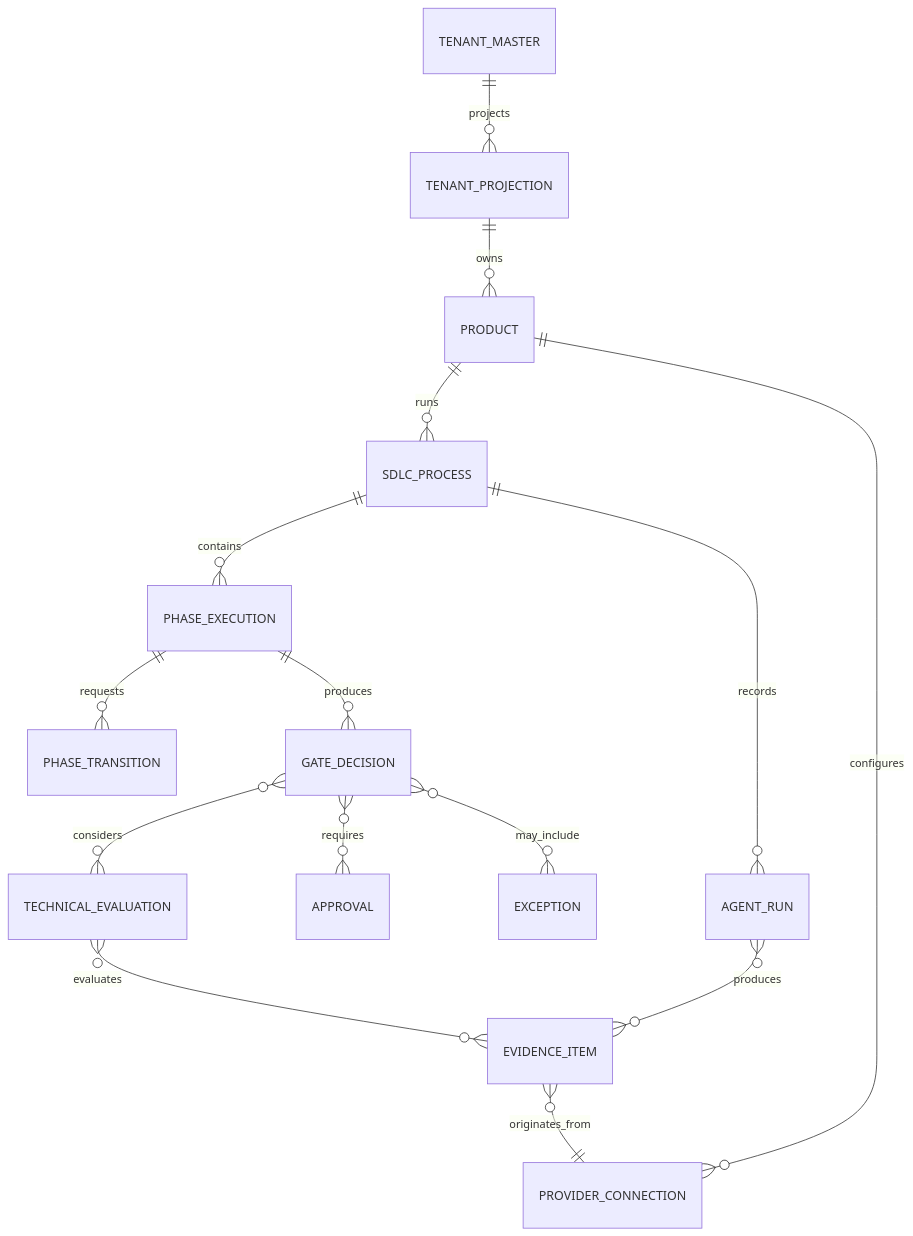
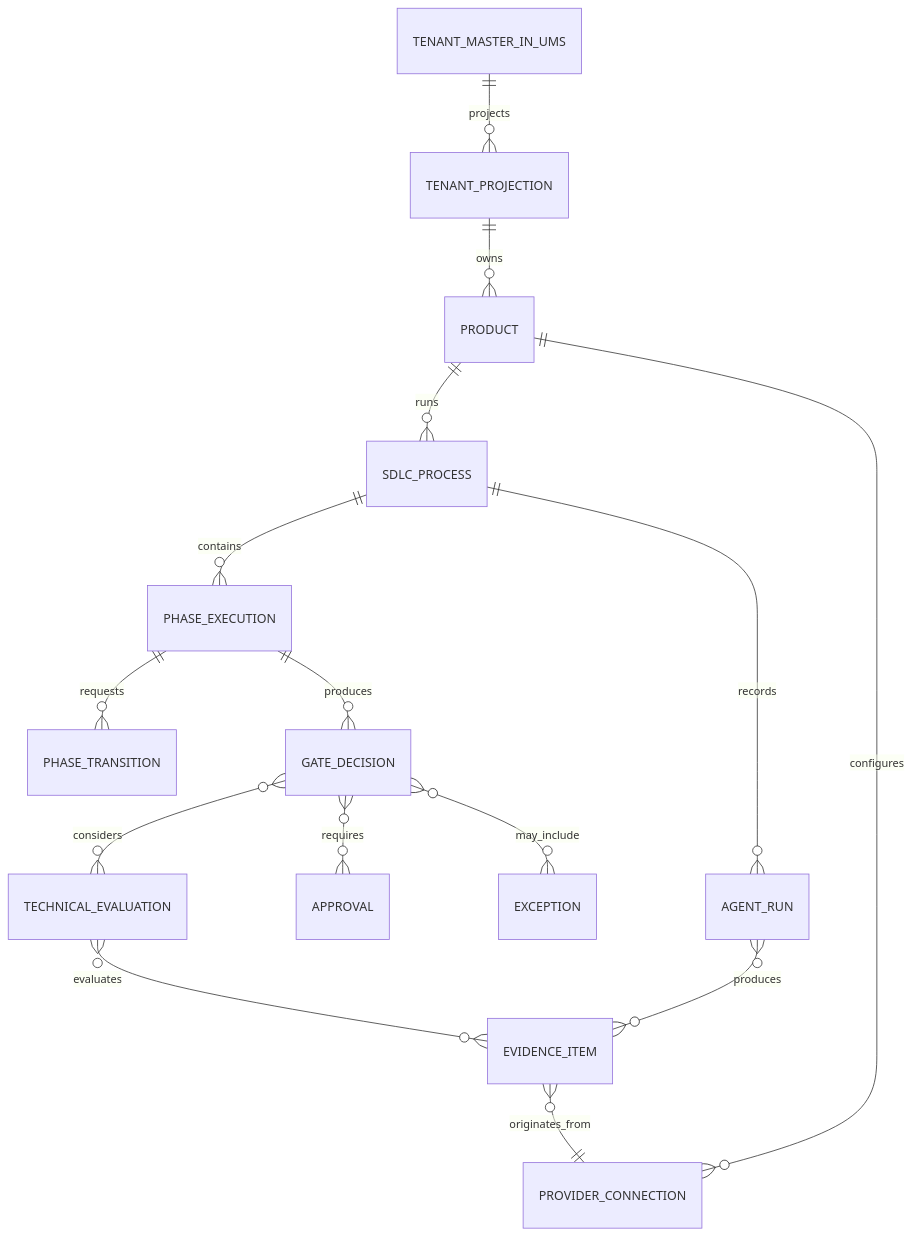
One commit to beyondnetcode/evolith_arch32 changed the fourth of 4 diagrams in product/products/evolith-tracker/sdlc-tracker-technical-interfaces.md. Above: the diagram before and after it, drawn with Mermaid. The commit also changed other lines of this file and 3 other files, not shown here.

First line of the commit message:
docs(suite): the two design documents that still drew MMS as the tenant master

````diff
--- a/product/products/evolith-tracker/sdlc-tracker-technical-interfaces.md
+++ b/product/products/evolith-tracker/sdlc-tracker-technical-interfaces.md
@@ -499,17 +496,17 @@
 ```mermaid
 erDiagram
-    TENANT_MASTER ||--o{ TENANT_PROJECTION : projects
+    TENANT_MASTER_IN_UMS ||--o{ TENANT_PROJECTION : projects
     TENANT_PROJECTION ||--o{ PRODUCT : owns
     PRODUCT ||--o{ SDLC_PROCESS : runs
     SDLC_PROCESS ||--o{ PHASE_EXECUTION : contains
     PHASE_EXECUTION ||--o{ PHASE_TRANSITION : requests
     PHASE_EXECUTION ||--o{ GATE_DECISION : produces
     GATE_DECISION }o--o{ TECHNICAL_EVALUATION : considers
     GATE_DECISION }o--o{ APPROVAL : requires
     GATE_DECISION }o--o{ EXCEPTION : may_include
     TECHNICAL_EVALUATION }o--o{ EVIDENCE_ITEM : evaluates
     EVIDENCE_ITEM }o--|| PROVIDER_CONNECTION : originates_from
     PRODUCT ||--o{ PROVIDER_CONNECTION : configures
     SDLC_PROCESS ||--o{ AGENT_RUN : records
     AGENT_RUN }o--o{ EVIDENCE_ITEM : produces
 ```
````
